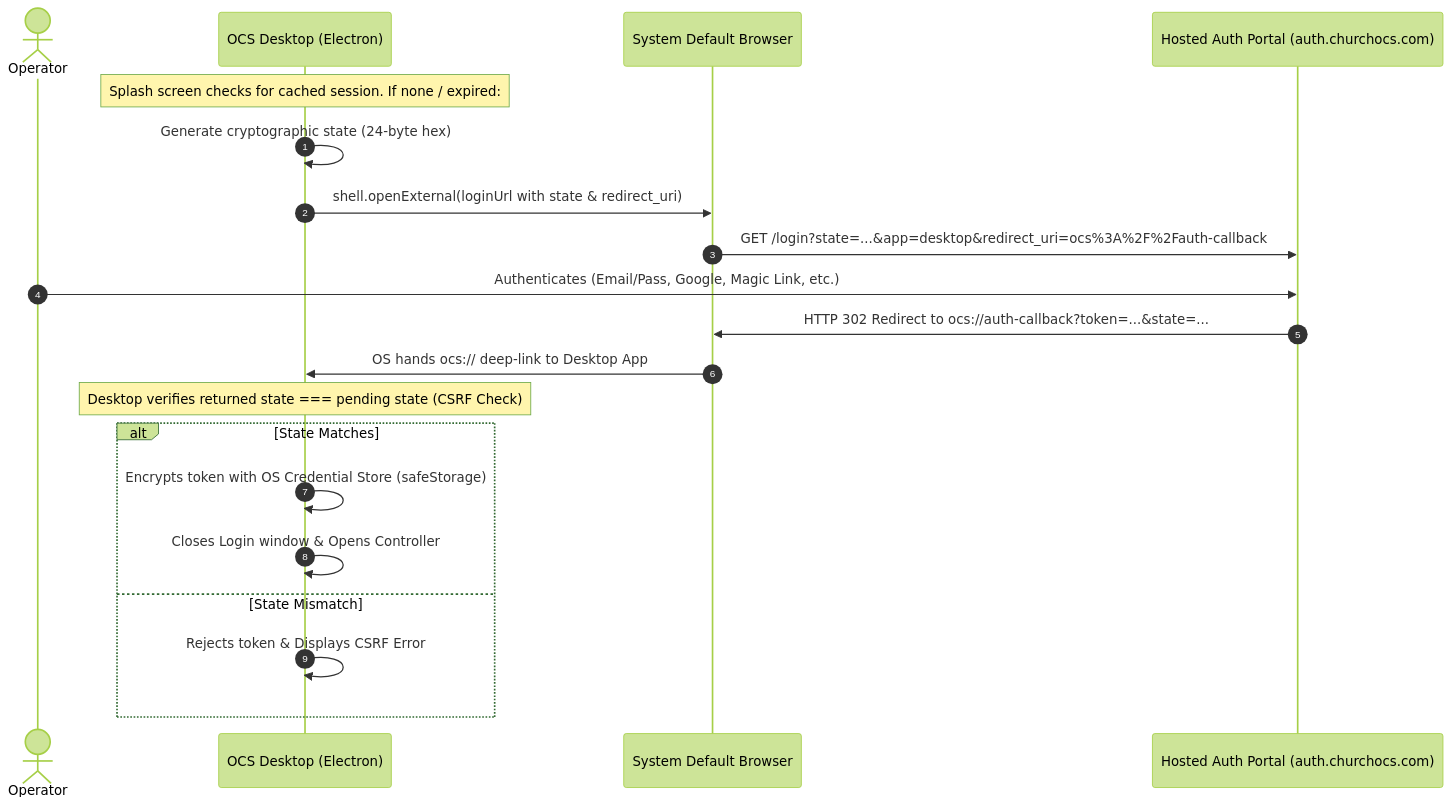
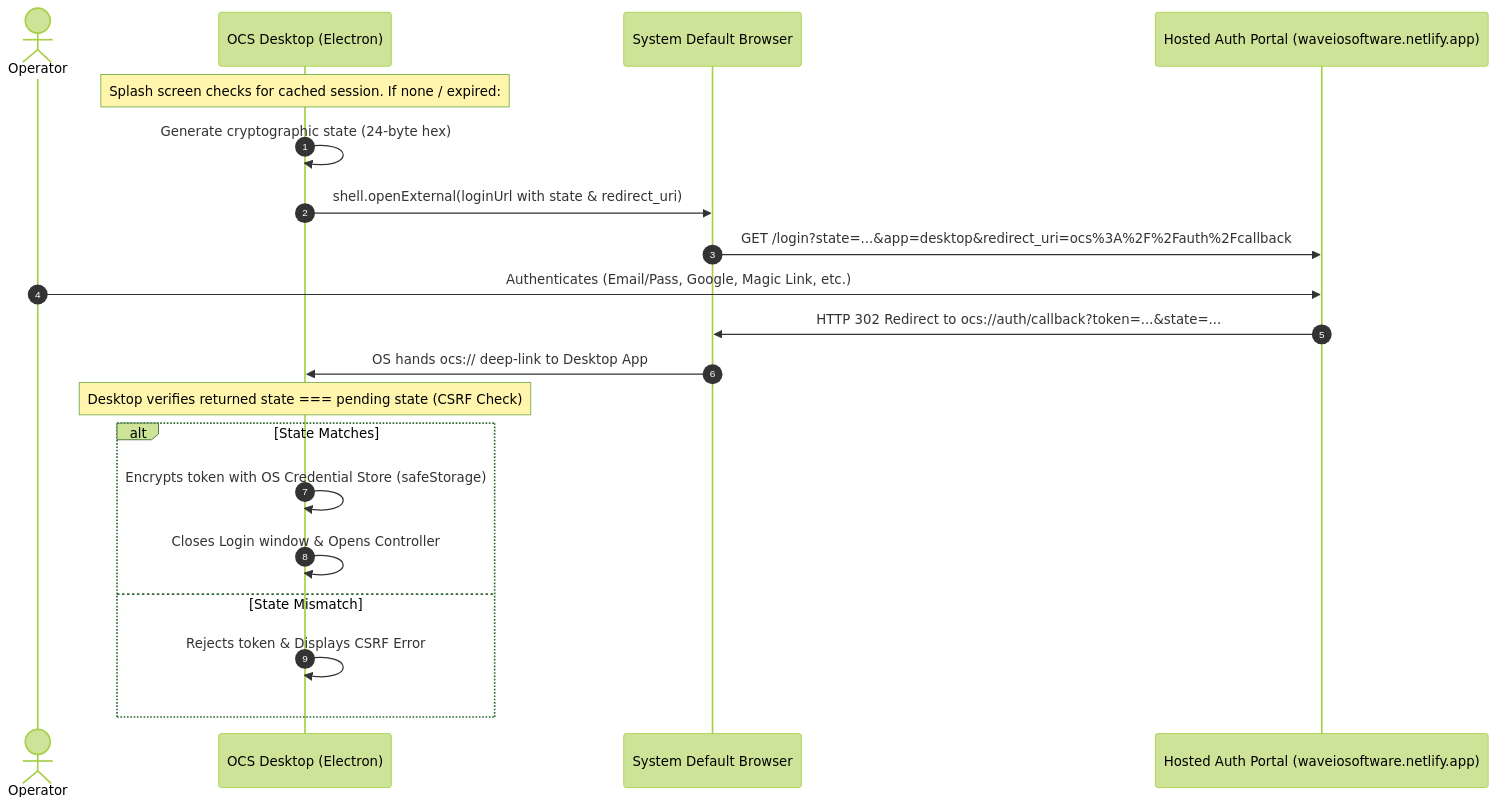
Before and after one commit to AceRex/OCS: the diagram in docs/AUTH_CONTRACT.md, drawn with Mermaid (forest theme). The commit also changed other lines of this file and 4 other files, not shown here.

Commit message:
refactor: standardize auth callback URI to ocs://auth/callback and update auth service to Netlify endpoint

````diff
--- a/docs/AUTH_CONTRACT.md
+++ b/docs/AUTH_CONTRACT.md
@@ -9,23 +9,23 @@
 ```mermaid
 sequenceDiagram
     autonumber
     actor Operator
     participant Desktop as OCS Desktop (Electron)
     participant Browser as System Default Browser
-    participant WebAuth as Hosted Auth Portal (auth.churchocs.com)
+    participant WebAuth as Hosted Auth Portal (waveiosoftware.netlify.app)
 
     Note over Desktop: Splash screen checks for cached session. If none / expired:
     Desktop->>Desktop: Generate cryptographic state (24-byte hex)
     Desktop->>Browser: shell.openExternal(loginUrl with state & redirect_uri)
-    Browser->>WebAuth: GET /login?state=...&app=desktop&redirect_uri=ocs%3A%2F%2Fauth-callback
+    Browser->>WebAuth: GET /login?state=...&app=desktop&redirect_uri=ocs%3A%2F%2Fauth%2Fcallback
     Operator->>WebAuth: Authenticates (Email/Pass, Google, Magic Link, etc.)
-    WebAuth->>Browser: HTTP 302 Redirect to ocs://auth-callback?token=...&state=...
+    WebAuth->>Browser: HTTP 302 Redirect to ocs://auth/callback?token=...&state=...
     Browser->>Desktop: OS hands ocs:// deep-link to Desktop App
     Note over Desktop: Desktop verifies returned state === pending state (CSRF Check)
     alt State Matches
         Desktop->>Desktop: Encrypts token with OS Credential Store (safeStorage)
         Desktop->>Desktop: Closes Login window & Opens Controller
     else State Mismatch
         Desktop->>Desktop: Rejects token & Displays CSRF Error
     end
 ```
````
